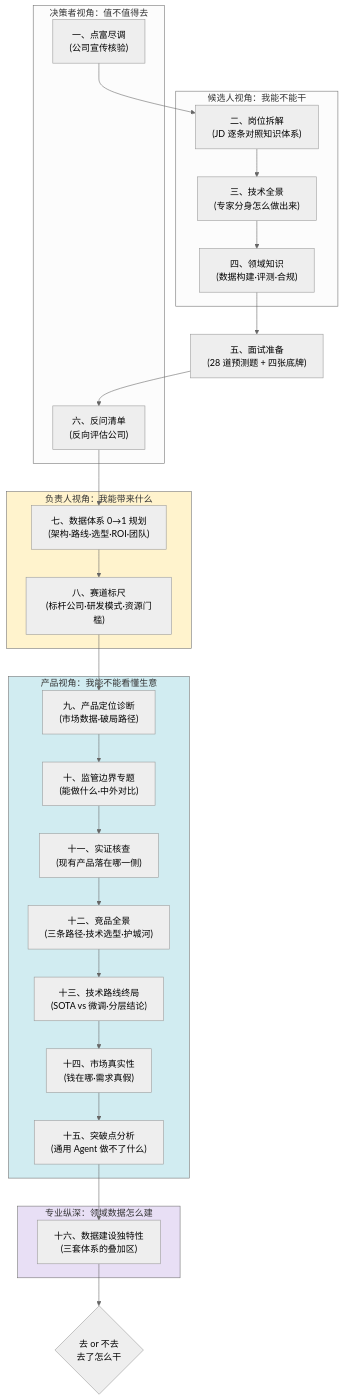
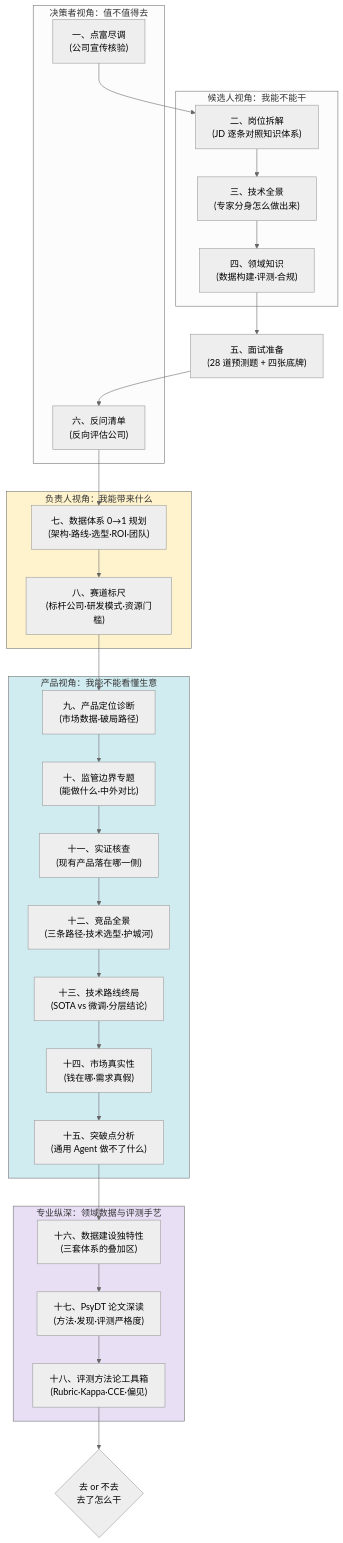
The first of 37 diagrams in part7-ai-engineering/12-案例-点富科技大模型数据评测岗.md (LiPingjiang/Full-Stack-Knowledge-Book), drawn with Mermaid (neutral theme) before and after one commit. The commit also changed other lines of this file and 2 other files, not shown here.

First line of the commit message:
docs(part7): 7.12 新增第十七、十八部分——PsyDT 论文深读与评测方法论工具箱

````diff
--- a/part7-ai-engineering/12-案例-点富科技大模型数据评测岗.md
+++ b/part7-ai-engineering/12-案例-点富科技大模型数据评测岗.md
@@ -32,37 +32,39 @@
 ```mermaid
 flowchart TD
     subgraph S1["候选人视角：我能不能干"]
         B["二、岗位拆解<br/>(JD 逐条对照知识体系)"]
         C["三、技术全景<br/>(专家分身怎么做出来)"]
         D["四、领域知识<br/>(数据构建·评测·合规)"]
     end
     subgraph S2["决策者视角：值不值得去"]
         A["一、点富尽调<br/>(公司宣传核验)"]
         F["六、反问清单<br/>(反向评估公司)"]
     end
     subgraph S3["负责人视角：我能带来什么"]
         G["七、数据体系 0→1 规划<br/>(架构·路线·选型·ROI·团队)"]
         I["八、赛道标尺<br/>(标杆公司·研发模式·资源门槛)"]
     end
     subgraph S4["产品视角：我能不能看懂生意"]
         J["九、产品定位诊断<br/>(市场数据·破局路径)"]
         K["十、监管边界专题<br/>(能做什么·中外对比)"]
         L["十一、实证核查<br/>(现有产品落在哪一侧)"]
         M["十二、竞品全景<br/>(三条路径·技术选型·护城河)"]
         N["十三、技术路线终局<br/>(SOTA vs 微调·分层结论)"]
         O["十四、市场真实性<br/>(钱在哪·需求真假)"]
         P["十五、突破点分析<br/>(通用 Agent 做不了什么)"]
     end
-    subgraph S5["专业纵深：领域数据怎么建"]
+    subgraph S5["专业纵深：领域数据与评测手艺"]
         R["十六、数据建设独特性<br/>(三套体系的叠加区)"]
+        T["十七、PsyDT 论文深读<br/>(方法·发现·评测严格度)"]
+        U["十八、评测方法论工具箱<br/>(Rubric·Kappa·CCE·偏见)"]
     end
 
     A --> B --> C --> D --> E["五、面试准备<br/>(28 道预测题 + 四张底牌)"]
-    E --> F --> G --> I --> J --> K --> L --> M --> N --> O --> P --> R
-    R --> H{"去 or 不去<br/>去了怎么干"}
+    E --> F --> G --> I --> J --> K --> L --> M --> N --> O --> P --> R --> T --> U
+    U --> H{"去 or 不去<br/>去了怎么干"}
 
     style S5 fill:#e8dff5
 
     style S3 fill:#fff3cd
     style S4 fill:#d1ecf1
 ```
````
